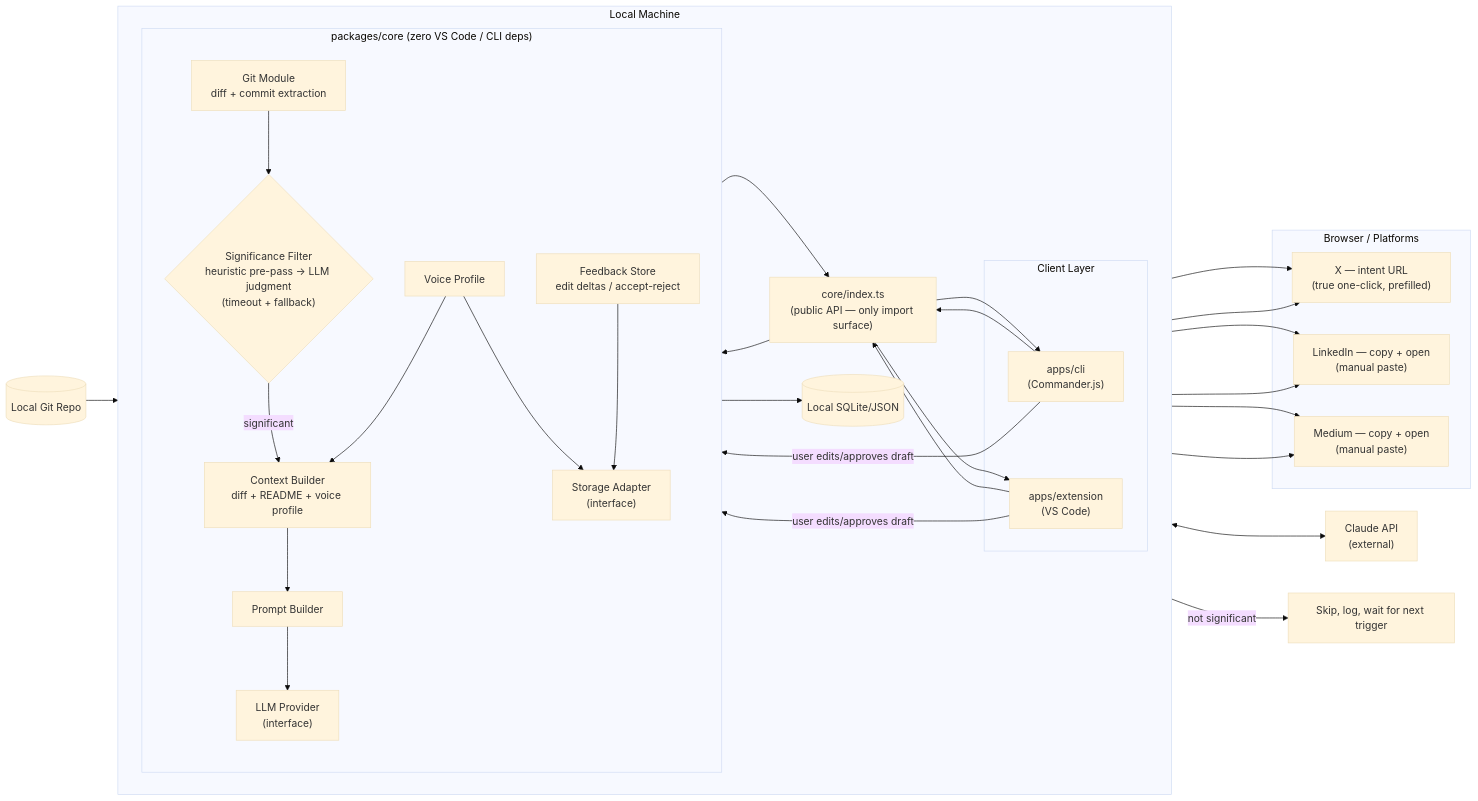
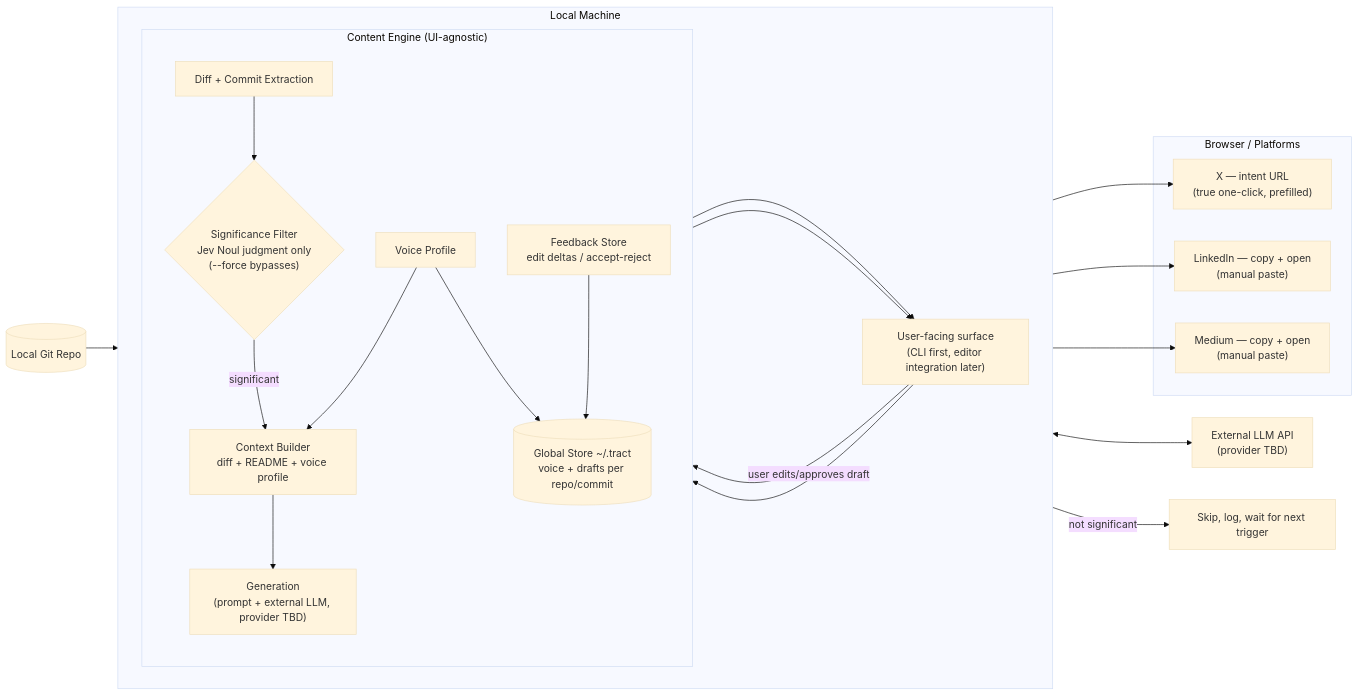
Before and after one commit to ankitdey01/tract: the diagram in README.md, drawn with Mermaid (base theme). The commit also changed other lines of this file and 24 other files, not shown here.

Commit message:
feat: introduce CLI commands for diff and generate scaffolding and docs

````diff
--- a/README.md
+++ b/README.md
@@ -7,66 +7,48 @@
 ```mermaid
 flowchart LR
     GITREPO[(Local Git Repo)]
- 
+
     subgraph LOCAL["Local Machine"]
         direction LR
- 
-        subgraph CLIENTS["Client Layer"]
-            CLI["apps/cli\n(Commander.js)"]
-            EXT["apps/extension\n(VS Code)"]
-        end
- 
-        API["core/index.ts\n(public API — only import surface)"]
- 
-        subgraph CORE["packages/core (zero VS Code / CLI deps)"]
+
+        CLIENTS["User-facing surface\n(CLI first, editor integration later)"]
+
+        subgraph ENGINE["Content Engine (UI-agnostic)"]
             direction TB
-            GITMOD["Git Module\ndiff + commit extraction"]
-            FILTER{"Significance Filter\nheuristic pre-pass -> LLM judgment\n(timeout + fallback)"}
+            GITMOD["Diff + Commit Extraction"]
+            FILTER{"Significance Filter\nJev Noul judgment only\n(--force bypasses)"}
             CTX["Context Builder\ndiff + README + voice profile"]
-            PROMPT["Prompt Builder"]
-            LLMIF["LLM Provider\n(interface)"]
+            GEN["Generation\n(prompt + external LLM, provider TBD)"]
             VOICE["Voice Profile"]
             FEEDBACK["Feedback Store\nedit deltas / accept-reject"]
-            STORAGEIF["Storage Adapter\n(interface)"]
+            STORE[("Global Store ~/.tract\nvoice + drafts per repo/commit")]
         end
- 
-        SQLITE[("Local SQLite/JSON")]
     end
- 
-    CLAUDE["Claude API\n(external)"]
- 
+
+    LLM["External LLM API\n(provider TBD)"]
+
     subgraph PUBLISH["Browser / Platforms"]
         XURL["X — intent URL\n(true one-click, prefilled)"]
         LI["LinkedIn — copy + open\n(manual paste)"]
         MED["Medium — copy + open\n(manual paste)"]
     end
- 
+
     GITREPO --> GITMOD
-    CLI --> API
-    EXT --> API
-    API --> GITMOD
+    CLIENTS --> ENGINE
+    ENGINE --> CLIENTS
     GITMOD --> FILTER
     FILTER -- "not significant" --> SKIP["Skip, log, wait for next trigger"]
     FILTER -- "significant" --> CTX
     VOICE --> CTX
-    CTX --> PROMPT
-    PROMPT --> LLMIF
-    LLMIF <--> CLAUDE
-    LLMIF --> API
-    API --> CLI
-    API --> EXT
- 
-    CLI -- "user edits/approves draft" --> FEEDBACK
-    EXT -- "user edits/approves draft" --> FEEDBACK
-    FEEDBACK --> STORAGEIF
-    VOICE --> STORAGEIF
-    STORAGEIF --> SQLITE
- 
-    CLI --> XURL
-    CLI --> LI
-    CLI --> MED
-    EXT --> XURL
-    EXT --> LI
-    EXT --> MED
- 
+    CTX --> GEN
+    GEN <--> LLM
+    GEN --> CLIENTS
+
+    CLIENTS -- "user edits/approves draft" --> FEEDBACK
+    FEEDBACK --> STORE
+    VOICE --> STORE
+
+    CLIENTS --> XURL
+    CLIENTS --> LI
+    CLIENTS --> MED
 ```
````
